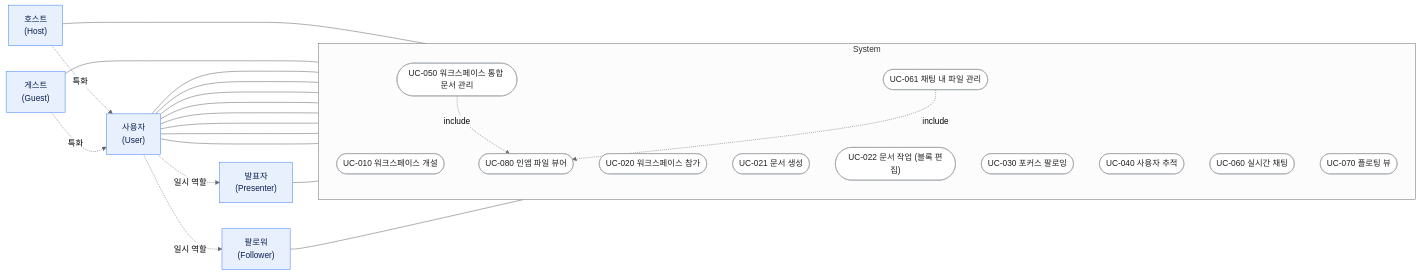
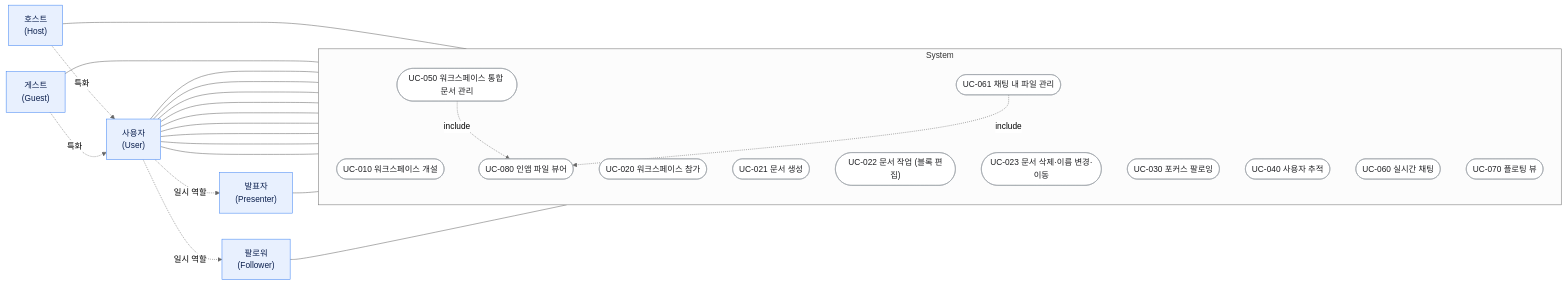
The second of 2 diagrams in docs/SRS-ko.md (CBNU-TeamH/RMF-Block), drawn with Mermaid (neutral theme) before and after one commit. The commit also changed other lines of this file, not shown here.

````diff
--- a/docs/SRS-ko.md
+++ b/docs/SRS-ko.md
@@ -359,52 +359,54 @@
 ```mermaid
 flowchart LR
   %% ===== 액터 =====
   User["사용자<br>(User)"]:::actor
   Host["호스트<br>(Host)"]:::actor
   Guest["게스트<br>(Guest)"]:::actor
   Presenter["발표자<br>(Presenter)"]:::actor
   Follower["팔로워<br>(Follower)"]:::actor
 
   %% 액터 일반화(특화) / 일시 역할
   Host -. 특화 .-> User
   Guest -. 특화 .-> User
   User -. 일시 역할 .-> Presenter
   User -. 일시 역할 .-> Follower
 
   %% ===== 시스템 경계 =====
   subgraph SYS["System"]
     direction TB
     UC010(["UC-010 워크스페이스 개설"]):::uc
     UC020(["UC-020 워크스페이스 참가"]):::uc
     UC021(["UC-021 문서 생성"]):::uc
     UC022(["UC-022 문서 작업 (블록 편집)"]):::uc
+    UC023(["UC-023 문서 삭제·이름 변경·이동"]):::uc
     UC030(["UC-030 포커스 팔로잉"]):::uc
     UC040(["UC-040 사용자 추적"]):::uc
     UC050(["UC-050 워크스페이스 통합 문서 관리"]):::uc
     UC060(["UC-060 실시간 채팅"]):::uc
     UC061(["UC-061 채팅 내 파일 관리"]):::uc
     UC070(["UC-070 플로팅 뷰"]):::uc
     UC080(["UC-080 인앱 파일 뷰어"]):::uc
   end
 
   %% ===== 액터-유즈케이스 연관 =====
   Host --- UC010
   Guest --- UC020
   User --- UC021
   User --- UC022
+  User --- UC023
   User --- UC040
   User --- UC050
   User --- UC060
   User --- UC061
   User --- UC070
   User --- UC080
   Presenter --- UC030
   Follower --- UC030
 
   %% ===== include =====
   UC050 -. include .-> UC080
   UC061 -. include .-> UC080
 
   classDef actor fill:#e8f0fe,stroke:#4285f4,stroke-width:1px,color:#0b1f4d;
   classDef uc fill:#ffffff,stroke:#9aa0a6,stroke-width:1px,color:#202124;
 ```
````
